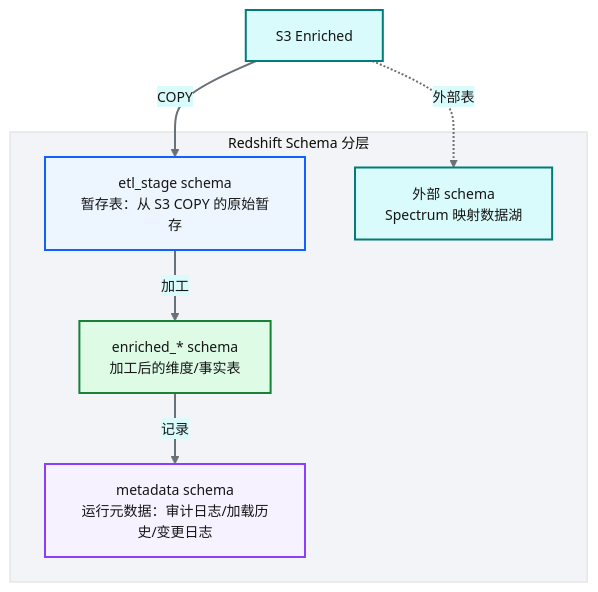
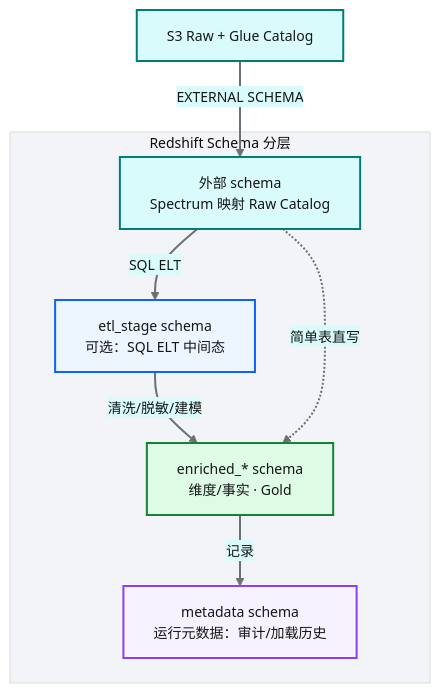
One commit to zhiweio/from-data-to-intelligence changed the third of 7 diagrams in docs/08-数据仓库设计-Redshift.md. Above: the diagram before and after it, drawn with Mermaid. The commit also changed other lines of this file and 69 other files, not shown here.

````diff
--- a/docs/08-数据仓库设计-Redshift.md
+++ b/docs/08-数据仓库设计-Redshift.md
@@ -121,28 +130,29 @@
 ```mermaid
 %%{init: {'theme':'base','themeVariables':{'primaryColor':'#edf5ff','primaryTextColor':'#161616','primaryBorderColor':'#0f62fe','lineColor':'#697077','secondaryColor':'#d9fbfb','tertiaryColor':'#f2f4f8','fontSize':'14px'}}}%%
 flowchart TB
     subgraph Redshift_Schema分层["Redshift Schema 分层"]
-        META[metadata schema<br/>运行元数据：审计日志/加载历史/变更日志]
-        STAGE[etl_stage schema<br/>暂存表：从 S3 COPY 的原始暂存]
-        SPECTRUM[外部 schema<br/>Spectrum 映射数据湖]
-        ENR[enriched_* schema<br/>加工后的维度/事实表]
+        META[metadata schema<br/>运行元数据：审计/加载历史]
+        STAGE[etl_stage schema<br/>可选：SQL ELT 中间态]
+        SPECTRUM[外部 schema<br/>Spectrum 映射 Raw Catalog]
+        ENR[enriched_* schema<br/>维度/事实 · Gold]
     end
 
-    S3[S3 Enriched] -->|COPY| STAGE
-    STAGE -->|加工| ENR
-    S3 -.->|外部表| SPECTRUM
+    RAW[S3 Raw + Glue Catalog] -->|EXTERNAL SCHEMA| SPECTRUM
+    SPECTRUM -->|"SQL ELT"| STAGE
+    STAGE -->|清洗/脱敏/建模| ENR
+    SPECTRUM -.->|"简单表直写"| ENR
     ENR -->|记录| META
 
 classDef bpProcess  fill:#edf5ff,stroke:#0f62fe,stroke-width:2px,color:#161616
 classDef bpData     fill:#d9fbfb,stroke:#007d79,stroke-width:2px,color:#161616
 classDef bpSuccess  fill:#defbe6,stroke:#198038,stroke-width:2px,color:#161616
 classDef bpInfo     fill:#f6f2ff,stroke:#8a3ffc,stroke-width:2px,color:#161616
 
 class META bpInfo
 class STAGE bpProcess
 class SPECTRUM bpData
 class ENR bpSuccess
-class S3 bpData
+class RAW bpData
 
 linkStyle default stroke:#697077,stroke-width:2px
 ```
````
